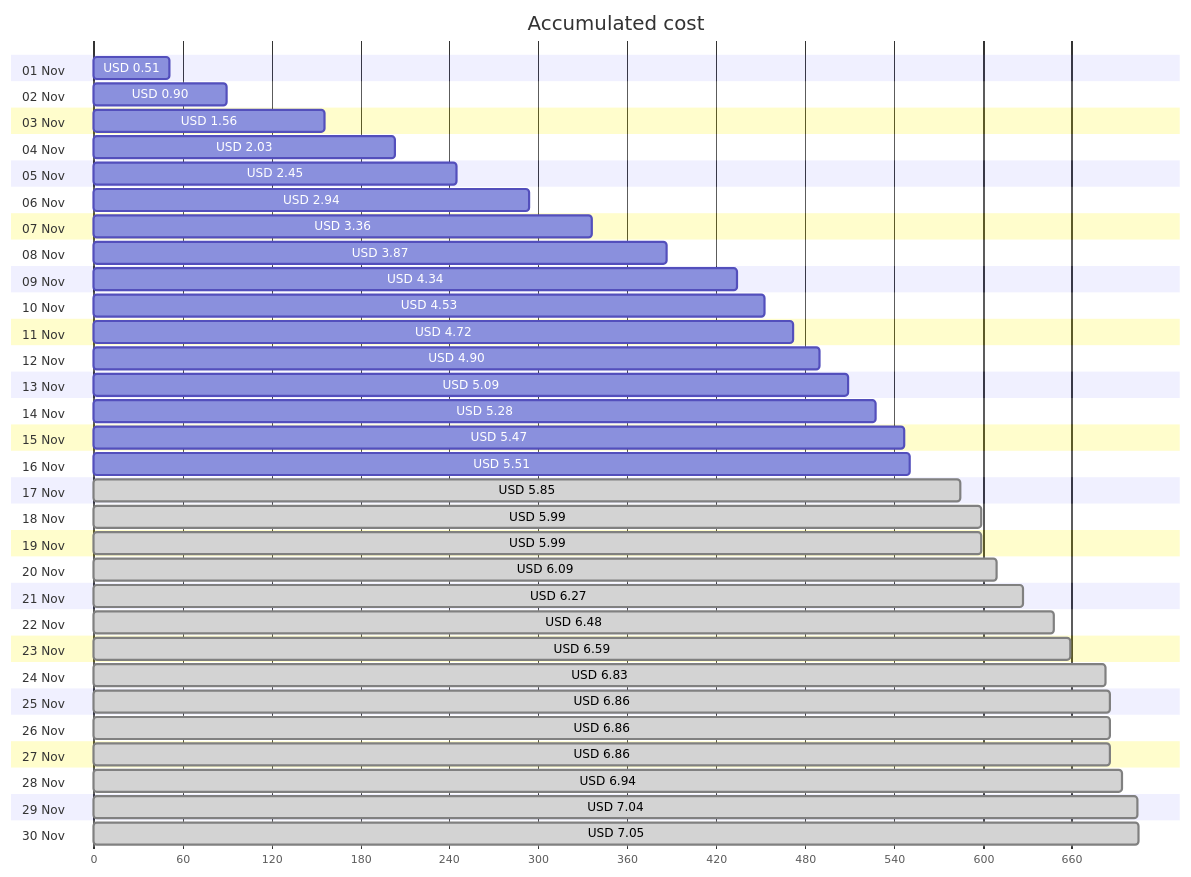
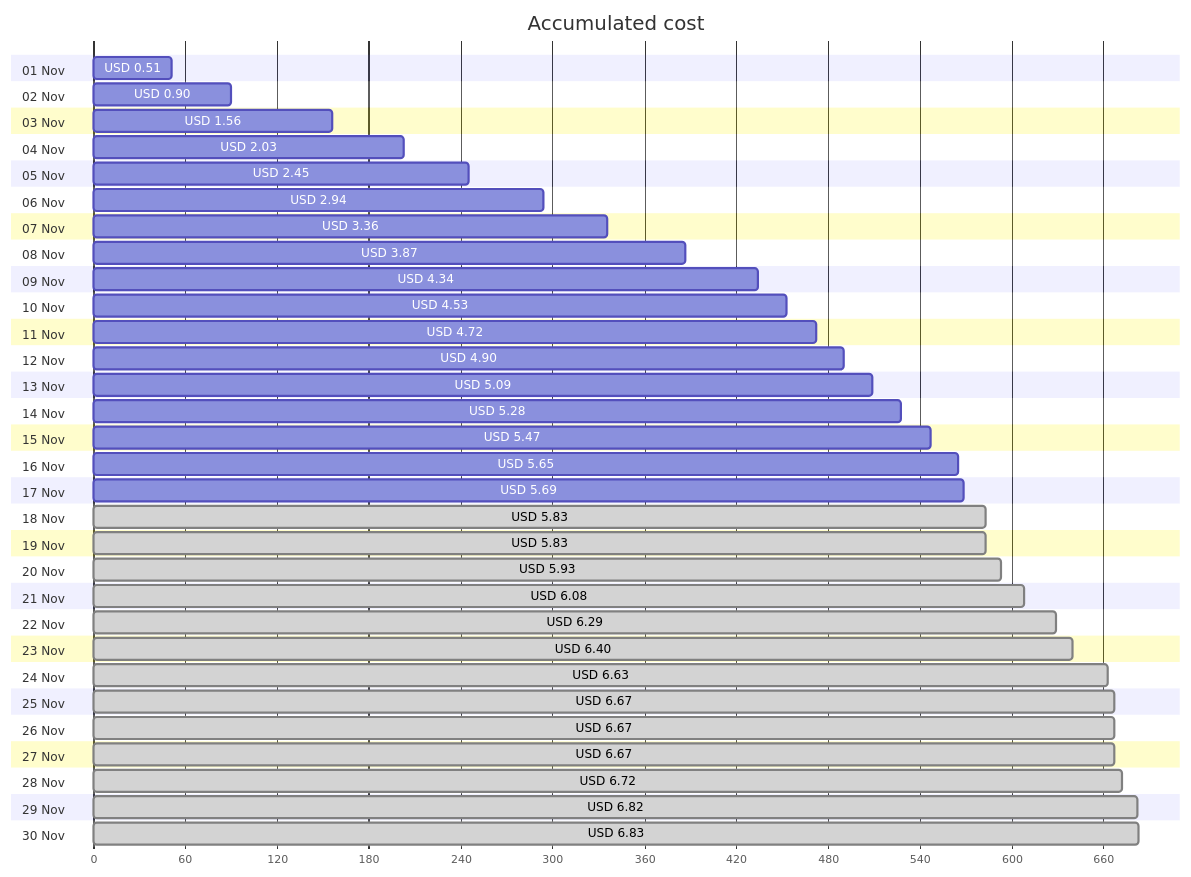
One commit to jpfulton/azure-personal-reports changed the first of 4 diagrams in cost-reports/personal-network/vpn-server.md. Above: the diagram before and after it, drawn with Mermaid. The commit also changed other lines of this file and 8 other files, not shown here.

````diff
--- a/cost-reports/personal-network/vpn-server.md
+++ b/cost-reports/personal-network/vpn-server.md
@@ -20,66 +20,66 @@
 ```mermaid
 gantt
    title Accumulated cost
    dateFormat  X
    axisFormat %s
    section 01 Nov
    USD 0.51 :0, 51
    section 02 Nov
    USD 0.90 :0, 90
    section 03 Nov
    USD 1.56 :0, 156
    section 04 Nov
    USD 2.03 :0, 203
    section 05 Nov
    USD 2.45 :0, 245
    section 06 Nov
    USD 2.94 :0, 294
    section 07 Nov
    USD 3.36 :0, 336
    section 08 Nov
    USD 3.87 :0, 387
    section 09 Nov
    USD 4.34 :0, 434
    section 10 Nov
    USD 4.53 :0, 453
    section 11 Nov
    USD 4.72 :0, 472
    section 12 Nov
    USD 4.90 :0, 490
    section 13 Nov
    USD 5.09 :0, 509
    section 14 Nov
    USD 5.28 :0, 528
    section 15 Nov
    USD 5.47 :0, 547
    section 16 Nov
-   USD 5.51 :0, 551
+   USD 5.65 :0, 565
    section 17 Nov
-   USD 5.85 : done, 0, 585
+   USD 5.69 :0, 569
    section 18 Nov
-   USD 5.99 : done, 0, 599
+   USD 5.83 : done, 0, 583
    section 19 Nov
-   USD 5.99 : done, 0, 599
+   USD 5.83 : done, 0, 583
    section 20 Nov
-   USD 6.09 : done, 0, 609
+   USD 5.93 : done, 0, 593
    section 21 Nov
-   USD 6.27 : done, 0, 627
+   USD 6.08 : done, 0, 608
    section 22 Nov
-   USD 6.48 : done, 0, 648
+   USD 6.29 : done, 0, 629
    section 23 Nov
-   USD 6.59 : done, 0, 659
+   USD 6.40 : done, 0, 640
    section 24 Nov
+   USD 6.63 : done, 0, 663
+   section 25 Nov
+   USD 6.67 : done, 0, 667
+   section 26 Nov
+   USD 6.67 : done, 0, 667
+   section 27 Nov
+   USD 6.67 : done, 0, 667
+   section 28 Nov
+   USD 6.72 : done, 0, 672
+   section 29 Nov
+   USD 6.82 : done, 0, 682
+   section 30 Nov
    USD 6.83 : done, 0, 683
-   section 25 Nov
-   USD 6.86 : done, 0, 686
-   section 26 Nov
-   USD 6.86 : done, 0, 686
-   section 27 Nov
-   USD 6.86 : done, 0, 686
-   section 28 Nov
-   USD 6.94 : done, 0, 694
-   section 29 Nov
-   USD 7.04 : done, 0, 704
-   section 30 Nov
-   USD 7.05 : done, 0, 705
 ```
````
